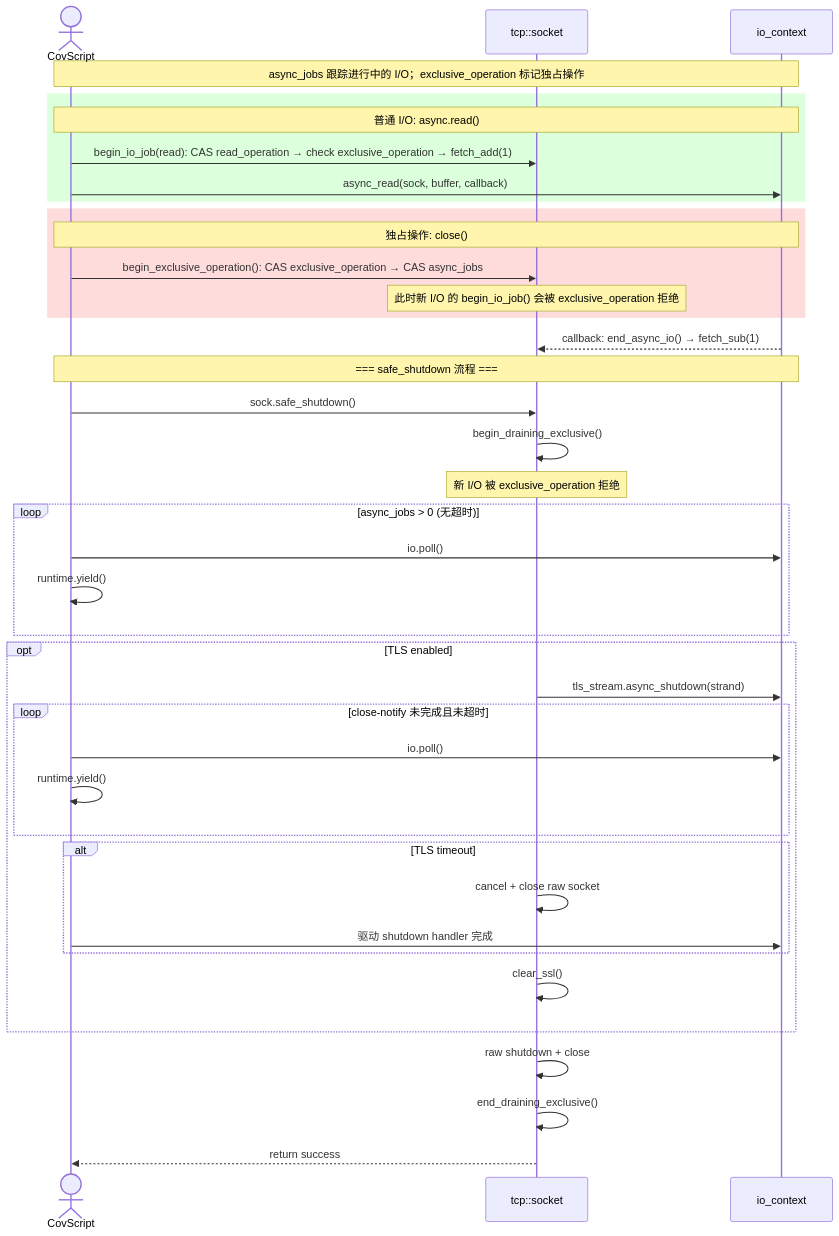
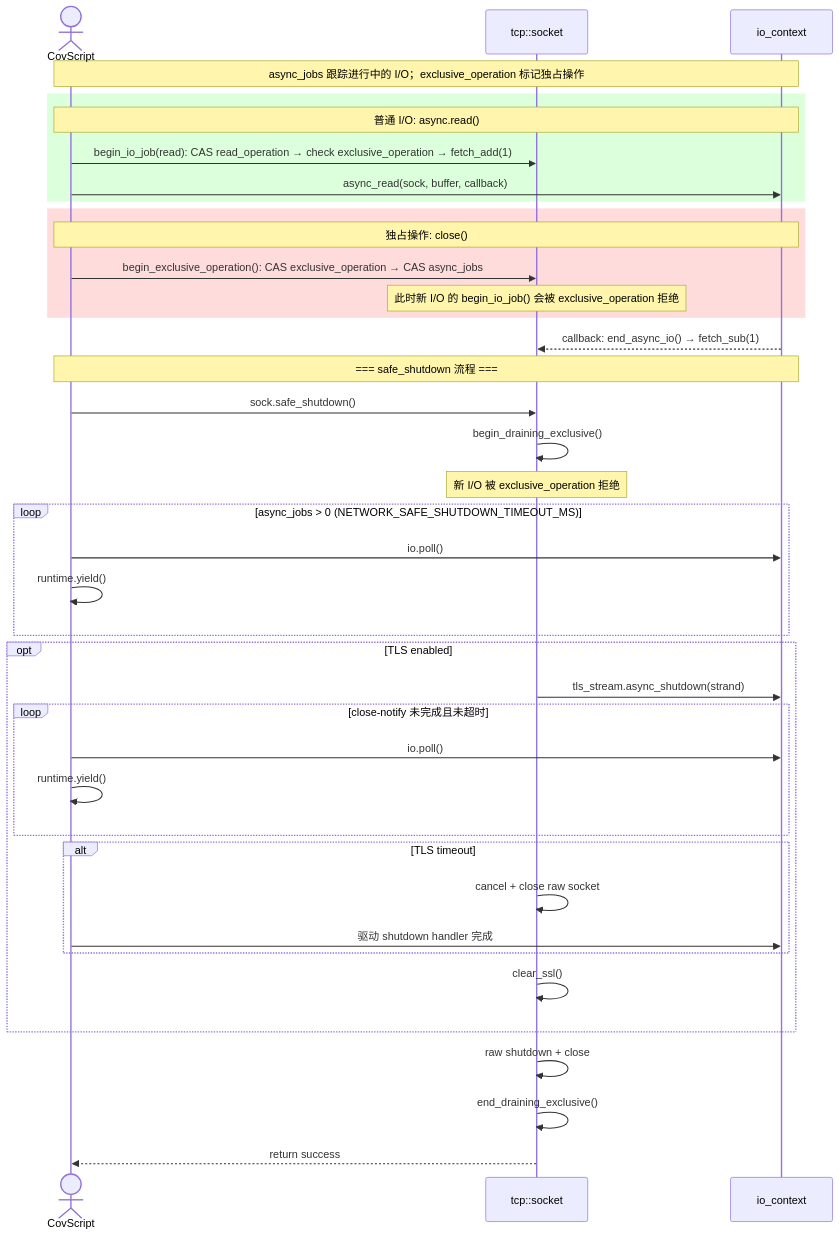
The eighth of 9 diagrams in docs/async-architecture.md (covscript/covscript-network), drawn with Mermaid before and after one commit. The commit also changed other lines of this file and 8 other files, not shown here.

````diff
--- a/docs/async-architecture.md
+++ b/docs/async-architecture.md
@@ -387,46 +387,46 @@
 ```mermaid
 sequenceDiagram
     actor Script as CovScript
     participant Sock as tcp::socket
     participant IO as io_context
 
     Note over Script,IO: async_jobs 跟踪进行中的 I/O；exclusive_operation 标记独占操作
 
     rect rgb(220, 255, 220)
     Note over Script,IO: 普通 I/O: async.read()
     Script->>Sock: begin_io_job(read): CAS read_operation → check exclusive_operation → fetch_add(1)
     Script->>IO: async_read(sock, buffer, callback)
     end
 
     rect rgb(255, 220, 220)
     Note over Script,IO: 独占操作: close()
     Script->>Sock: begin_exclusive_operation(): CAS exclusive_operation → CAS async_jobs
     Note over Sock: 此时新 I/O 的 begin_io_job() 会被 exclusive_operation 拒绝
     end
 
     IO-->>Sock: callback: end_async_io() → fetch_sub(1)
 
     Note over Script,IO: === safe_shutdown 流程 ===
     Script->>Sock: sock.safe_shutdown()
     Sock->>Sock: begin_draining_exclusive()
     Note over Sock: 新 I/O 被 exclusive_operation 拒绝
-    loop async_jobs > 0 (无超时)
+    loop async_jobs > 0 (NETWORK_SAFE_SHUTDOWN_TIMEOUT_MS)
         Script->>IO: io.poll()
         Script->>Script: runtime.yield()
     end
     opt TLS enabled
         Sock->>IO: tls_stream.async_shutdown(strand)
         loop close-notify 未完成且未超时
             Script->>IO: io.poll()
             Script->>Script: runtime.yield()
         end
         alt TLS timeout
             Sock->>Sock: cancel + close raw socket
             Script->>IO: 驱动 shutdown handler 完成
         end
         Sock->>Sock: clear_ssl()
     end
     Sock->>Sock: raw shutdown + close
     Sock->>Sock: end_draining_exclusive()
     Sock-->>Script: return success
 ```
````
